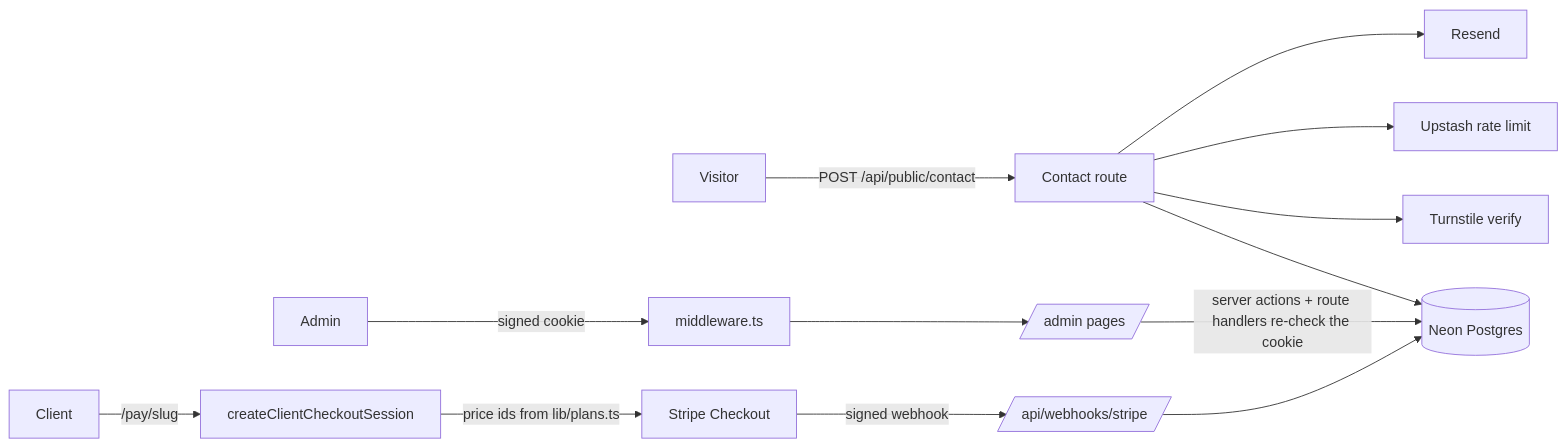
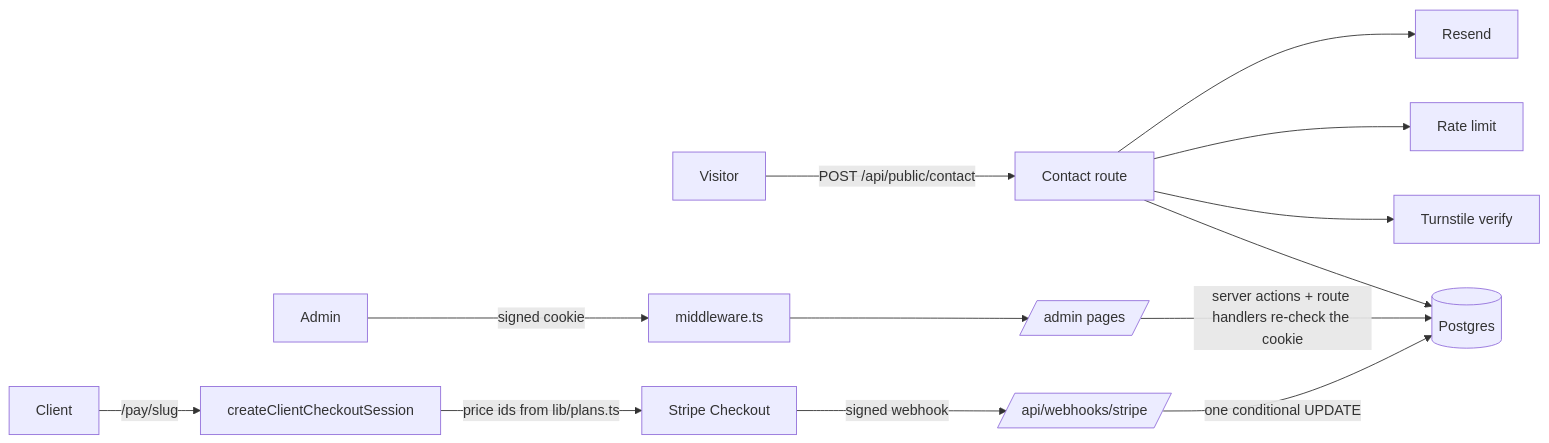
Before and after one commit to spoutyfc/mannystechfurnish: the diagram in README.md, drawn with Mermaid. The commit also changed other lines of this file and 5 other files, not shown here.

First line of the commit message:
Show the admin and invoice flows in the README

````diff
--- a/README.md
+++ b/README.md
@@ -43,17 +64,17 @@
 ```mermaid
 flowchart LR
   V[Visitor] -->|POST /api/public/contact| C[Contact route]
   C --> T[Turnstile verify]
-  C --> R[Upstash rate limit]
-  C --> DB[(Neon Postgres)]
+  C --> R[Rate limit]
+  C --> DB[(Postgres)]
   C --> E[Resend]
 
   A[Admin] -->|signed cookie| MW[middleware.ts]
   MW --> AD[/admin pages/]
   AD -->|server actions + route handlers re-check the cookie| DB
 
   CL[Client] -->|/pay/slug| P[createClientCheckoutSession]
   P -->|price ids from lib/plans.ts| S[Stripe Checkout]
   S -->|signed webhook| W[/api/webhooks/stripe/]
-  W --> DB
+  W -->|one conditional UPDATE| DB
 ```
````
